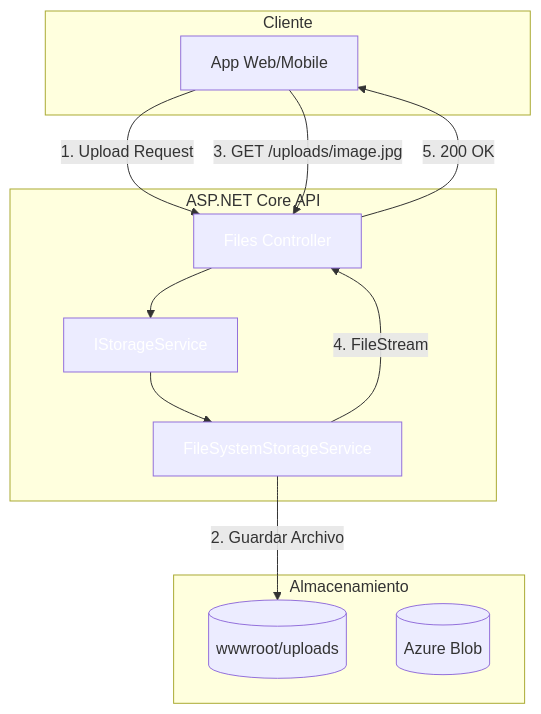
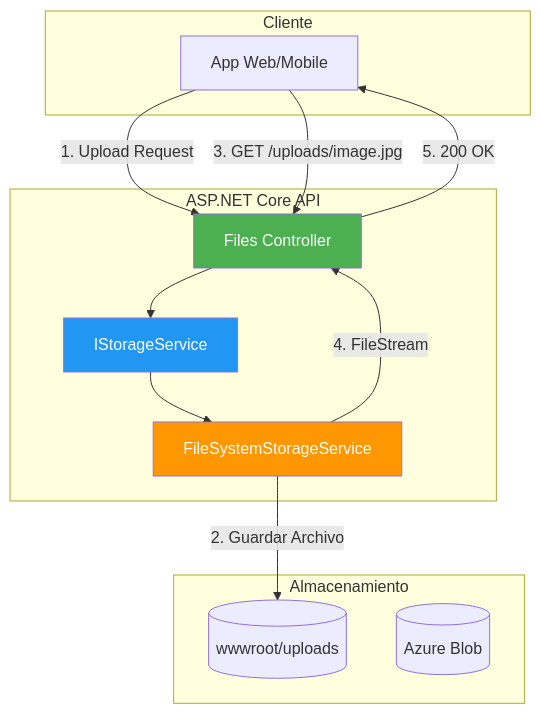
The first of 3 diagrams in 20-file-storage.md (joseluisgs/DesarrolloWebEntornosServidor-02-2026-2027), drawn with Mermaid before and after one commit. The commit also changed other lines of this file and 29 other files, not shown here.

Commit message:
docs: corregir estilos Mermaid y estilo, quitar referencias a la Tienda y reestructurar los retos 13 y 15

````diff
--- a/20-file-storage.md
+++ b/20-file-storage.md
@@ -62,30 +62,30 @@
 ```mermaid
 graph TD
     subgraph "Cliente"
         A[App Web/Mobile]
     end
     
     subgraph "ASP.NET Core API"
         B[Files Controller]
         C[IStorageService]
         D[FileSystemStorageService]
     end
     
     subgraph "Almacenamiento"
         E[(wwwroot/uploads)]
         F[(Azure Blob)]
     end
     
     A -->|1. Upload Request| B
     B --> C
     C --> D
     D -->|2. Guardar Archivo| E
     
     A -->|3. GET /uploads/image.jpg| B
     D -->|4. FileStream| B
     B -->|5. 200 OK| A
     
-    style B fill:#4CAF5,color:#fff0,color:#fff
-    style C fill:#2196F,color:#fff3,color:#fff
-    style D fill:#FF980,color:#fff0,color:#fff
+    style B fill:#4CAF50,color:#fff
+    style C fill:#2196F3,color:#fff
+    style D fill:#FF9800,color:#fff
 ```
````
